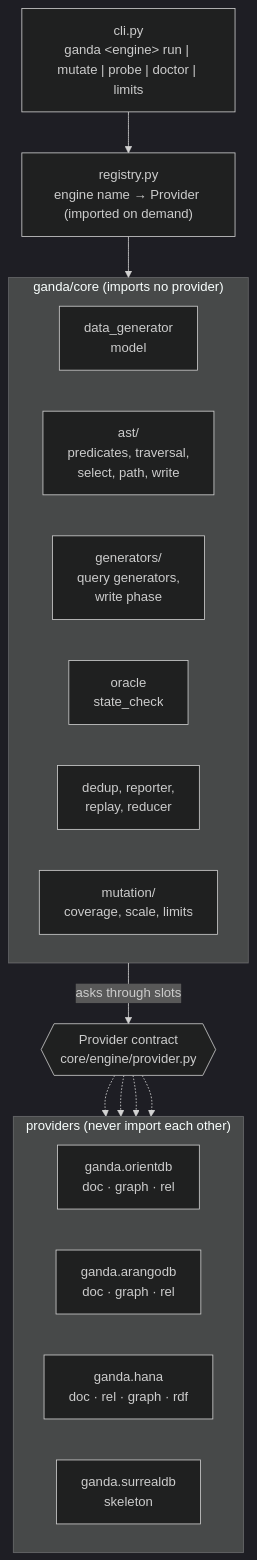
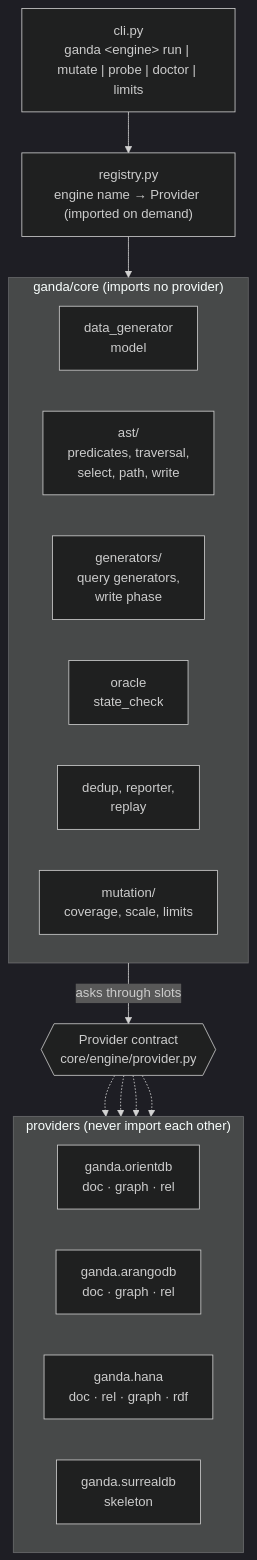
Before and after one commit to adoubleb/ganda: the first of 2 diagrams in docs/architecture.md, drawn with Mermaid (dark theme). The commit also changed other lines of this file and 4 other files, not shown here.

````diff
--- a/docs/architecture.md
+++ b/docs/architecture.md
@@ -15,30 +15,30 @@
 ```mermaid
 flowchart TB
     cli["cli.py<br/>ganda &lt;engine&gt; run | mutate | probe | doctor | limits"]
     reg["registry.py<br/>engine name → Provider (imported on demand)"]
     cli --> reg
 
     subgraph core["ganda/core (imports no provider)"]
         direction LR
         gen["data_generator<br/>model"]
         ast["ast/<br/>predicates, traversal,<br/>select, path, write"]
         qg["generators/<br/>query generators,<br/>write phase"]
         orc["oracle<br/>state_check"]
-        out["dedup, reporter,<br/>replay, reducer"]
+        out["dedup, reporter,<br/>replay"]
         mut["mutation/<br/>coverage, scale, limits"]
     end
 
     contract{{"Provider contract<br/>core/engine/provider.py"}}
 
     subgraph providers["providers (never import each other)"]
         direction LR
         o["ganda.orientdb<br/>doc · graph · rel"]
         a["ganda.arangodb<br/>doc · graph · rel"]
         h["ganda.hana<br/>doc · rel · graph · rdf"]
         s["ganda.surrealdb<br/>skeleton"]
     end
 
     reg --> core
     core -- "asks through slots" --> contract
     contract -.-> o & a & h & s
 ```
````
